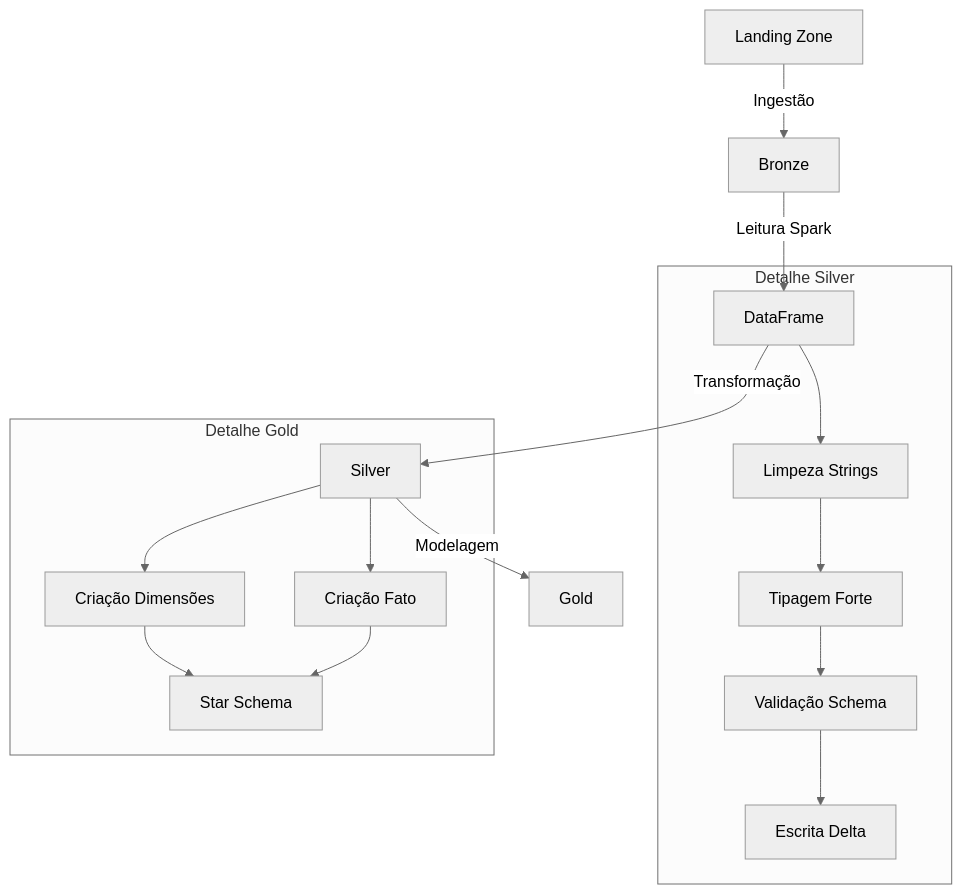
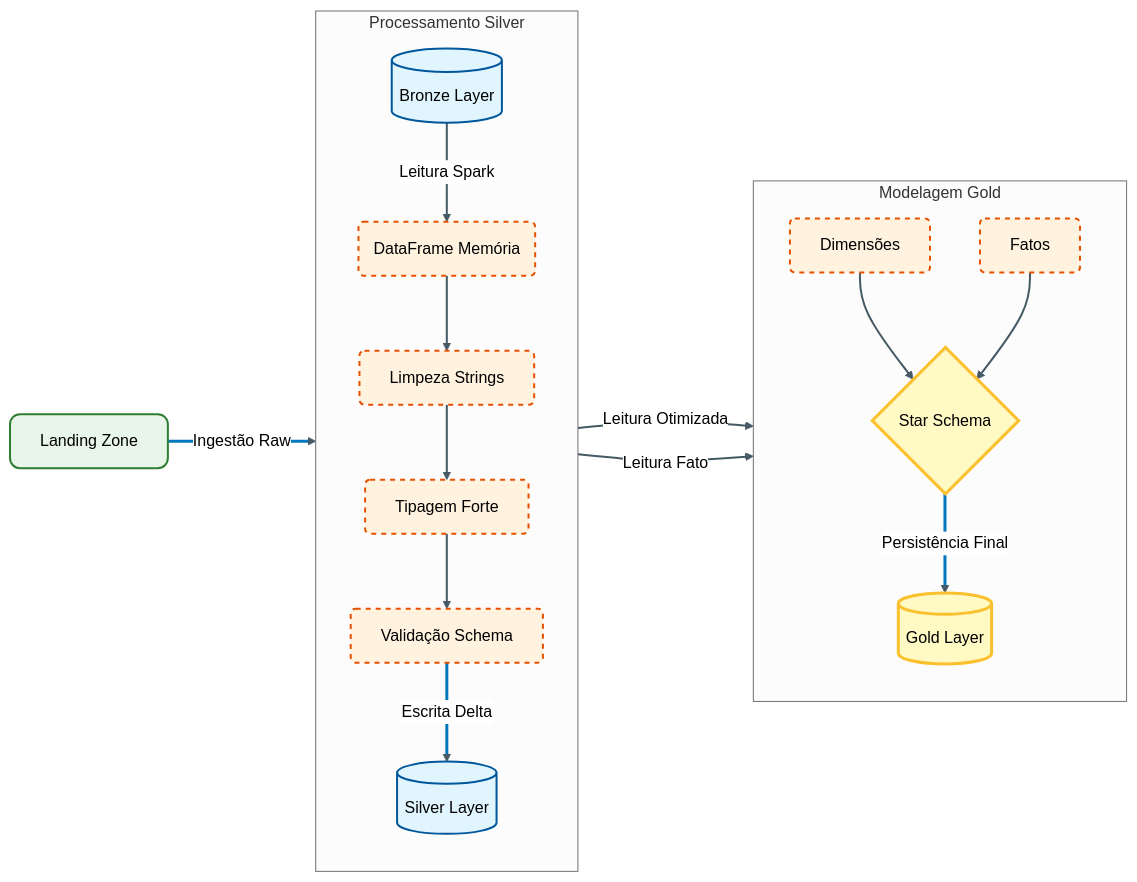
The second of 2 diagrams in docs/manual/04_arquitetura_detalhada.md (devdiasbr/databricks-challenge), drawn with Mermaid (neutral theme) before and after one commit.

Commit message:
docs: melhora visual diagrama de fluxo em 04_arquitetura_detalhada.md

````diff
--- a/docs/manual/04_arquitetura_detalhada.md
+++ b/docs/manual/04_arquitetura_detalhada.md
@@ -116,21 +116,33 @@
 ```mermaid
-graph TD
-    LZ[Landing Zone] -->|Ingestão| BR[Bronze]
-    BR -->|Leitura Spark| DF[DataFrame]
-    DF -->|Transformação| SL[Silver]
-    SL -->|Modelagem| GD[Gold]
+flowchart LR
+    %% Definição de Estilos (Classes)
+    classDef storage fill:#e1f5fe,stroke:#01579b,stroke-width:2px,rx:5,ry:5;
+    classDef process fill:#fff3e0,stroke:#e65100,stroke-width:2px,stroke-dasharray: 5 5,rx:5,ry:5;
+    classDef gold fill:#fff9c4,stroke:#fbc02d,stroke-width:3px,rx:10,ry:10;
+    classDef start fill:#e8f5e9,stroke:#2e7d32,stroke-width:2px,rx:10,ry:10;
+
+    %% Fluxo Principal
+    LZ[Landing Zone]:::start -->|Ingestão Raw| BR[(Bronze Layer)]:::storage
     
-    subgraph "Detalhe Silver"
-        DF --> CLEAN[Limpeza Strings]
-        CLEAN --> TYPE[Tipagem Forte]
-        TYPE --> SCHEMA[Validação Schema]
-        SCHEMA --> WRITE[Escrita Delta]
+    subgraph Silver_Stage [Processamento Silver]
+        direction TB
+        BR -->|Leitura Spark| DF(DataFrame Memória):::process
+        DF --> CLEAN[Limpeza Strings]:::process
+        CLEAN --> TYPE[Tipagem Forte]:::process
+        TYPE --> SCHEMA[Validação Schema]:::process
+        SCHEMA -->|Escrita Delta| SL[(Silver Layer)]:::storage
     end
 
-    subgraph "Detalhe Gold"
-        SL --> DIMS[Criação Dimensões]
-        SL --> FATO[Criação Fato]
-        DIMS --> JOIN[Star Schema]
+    subgraph Gold_Stage [Modelagem Gold]
+        direction TB
+        SL -->|Leitura Otimizada| DIMS[Dimensões]:::process
+        SL -->|Leitura Fato| FATO[Fatos]:::process
+        DIMS --> JOIN{Star Schema}:::gold
         FATO --> JOIN
+        JOIN -->|Persistência Final| GD[(Gold Layer)]:::gold
     end
+
+    %% Estilização das Conexões
+    linkStyle default stroke:#455a64,stroke-width:2px;
+    linkStyle 0,5,10 stroke:#0277bd,stroke-width:3px;
 ```
````
